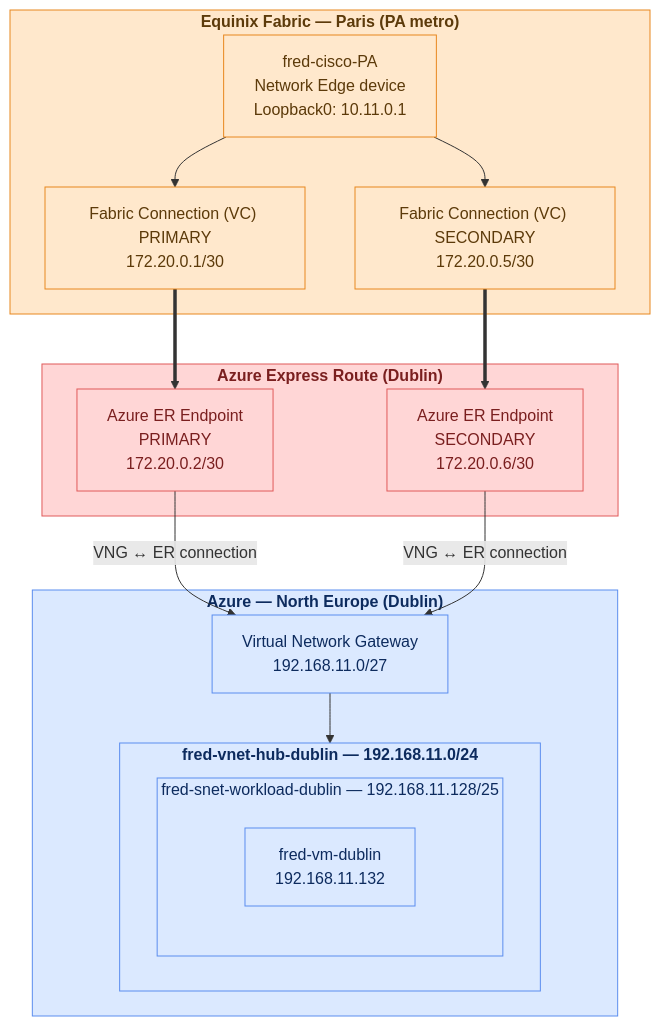
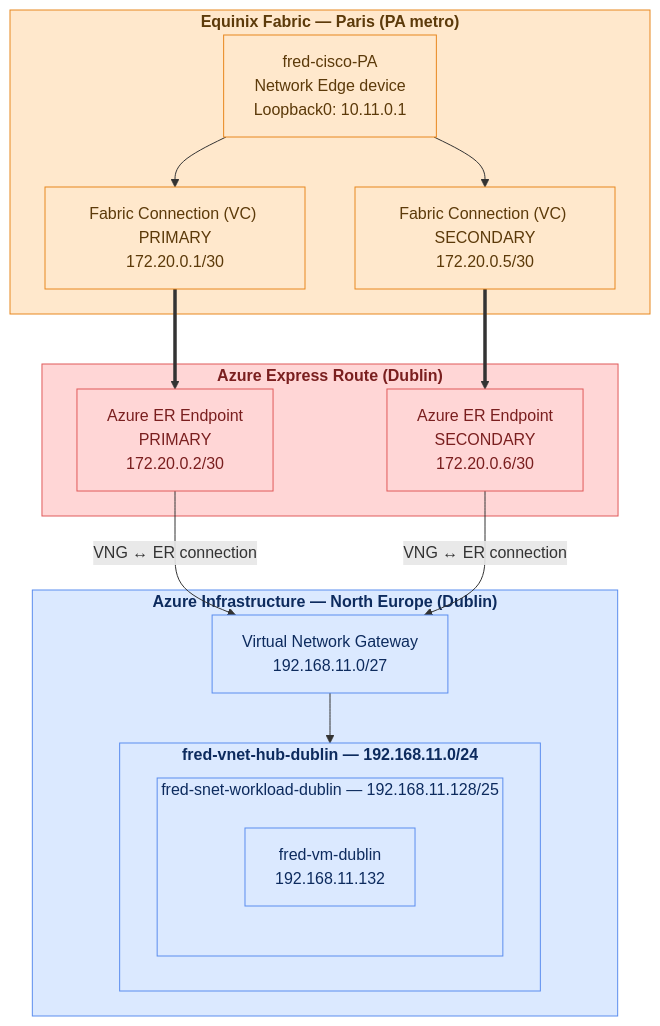
The diagram in README.md (festrade-equinix/eqx-azure-hub-minimal), drawn with Mermaid before and after one commit. The commit also changed other lines of this file, not shown here.

First line of the commit message:
Note Dublin is an example region; rename Azure subgraph title in diagram

````diff
--- a/README.md
+++ b/README.md
@@ -60,40 +63,40 @@
 ```mermaid
 flowchart TB
     subgraph EQX["<b>Equinix Fabric — Paris (PA metro)</b>"]
         Device["fred-cisco-PA\nNetwork Edge device\nLoopback0: 10.11.0.1"]
         Primary["Fabric Connection (VC) PRIMARY\n172.20.0.1/30"]
         Secondary["Fabric Connection (VC) SECONDARY\n172.20.0.5/30"]
         Device --> Primary
         Device --> Secondary
     end
 
     subgraph ERC["<b>Azure Express Route (Dublin)</b>"]
         EPPrimary["Azure ER Endpoint\nPRIMARY\n172.20.0.2/30"]
         EPSecondary["Azure ER Endpoint\nSECONDARY\n172.20.0.6/30"]
     end
 
-    subgraph AZR["<b>Azure — North Europe (Dublin)</b>"]
+    subgraph AZR["<b>Azure Infrastructure — North Europe (Dublin)</b>"]
         VNG["Virtual Network Gateway\n192.168.11.0/27"]
 
         subgraph VNet["<b>fred-vnet-hub-dublin — 192.168.11.0/24</b>"]
             subgraph Workload["fred-snet-workload-dublin — 192.168.11.128/25"]
                 VM["fred-vm-dublin\n192.168.11.132"]
             end
         end
 
         VNG --> VNet
     end
 
     Primary ==> EPPrimary
     Secondary ==> EPSecondary
     EPPrimary -->|VNG ↔ ER connection| VNG
     EPSecondary -->|VNG ↔ ER connection| VNG
 
     classDef equinix fill:#ffe8cc,stroke:#e8871e,color:#5c3a0a
     classDef azure fill:#dbe9ff,stroke:#5b8def,color:#0d2b5e
     classDef expressroute fill:#ffd6d6,stroke:#e05a5a,color:#7a1f1f
 
     class EQX,Device,Primary,Secondary equinix
     class AZR,VNG,VNet,Workload,VM azure
     class ERC,EPPrimary,EPSecondary expressroute
 ```
````
